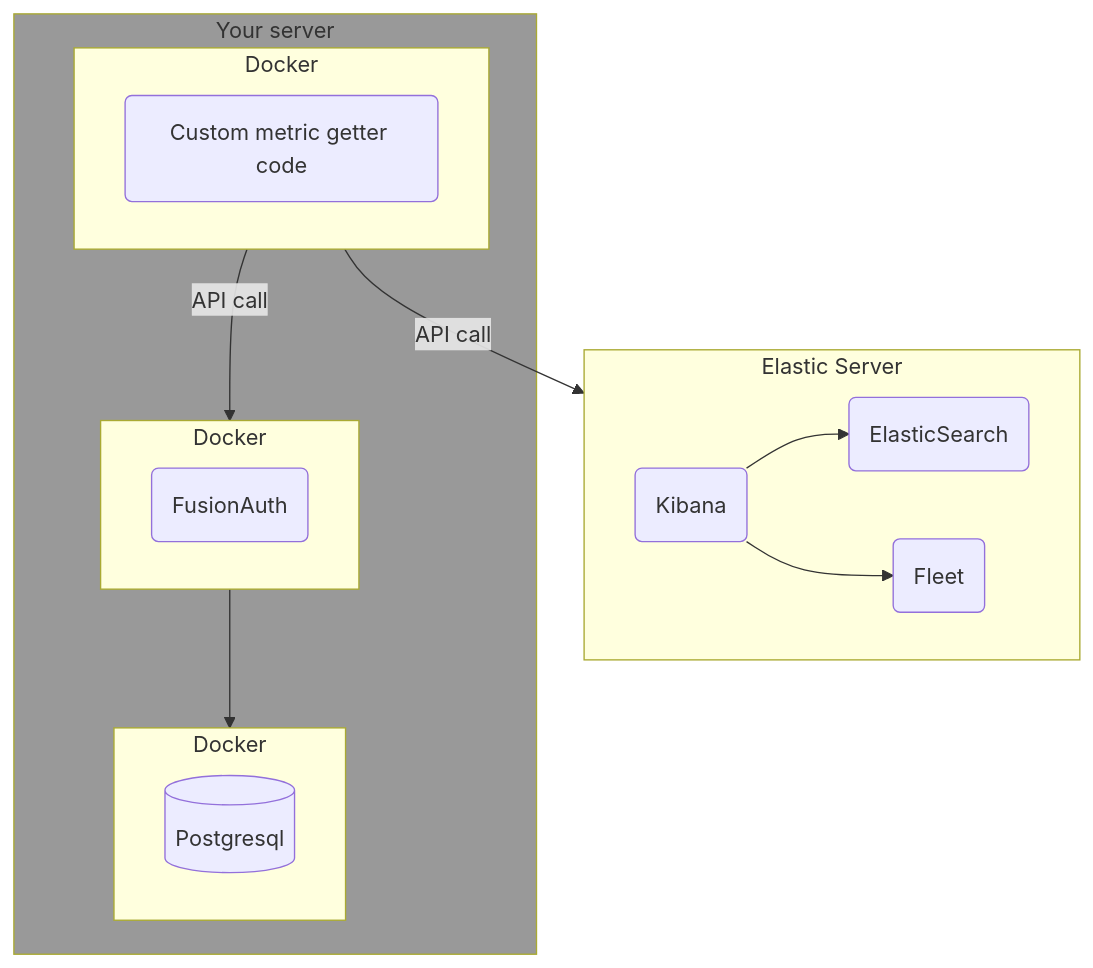
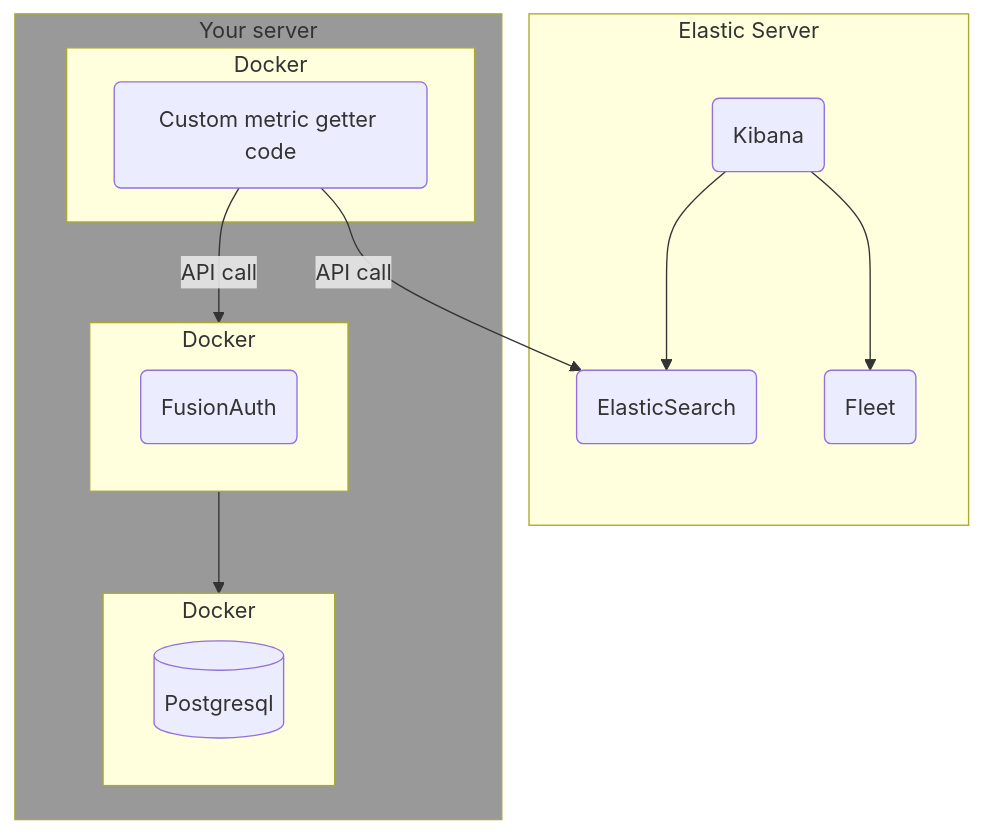
Before and after one commit to FusionAuth/fusionauth-site: the fifth of 6 diagrams in astro/src/content/docs/operate/secure-and-monitor/elastic.mdx, drawn with Mermaid. The commit also changed other lines of this file, not shown here.

````diff
--- a/astro/src/content/docs/operate/secure-and-monitor/elastic.mdx
+++ b/astro/src/content/docs/operate/secure-and-monitor/elastic.mdx
@@ -381,22 +379,22 @@
 ```mermaid
 graph TD
   subgraph Z[Elastic Server]
     X(Kibana) --> W(ElasticSearch)
     X --> Y(Fleet)
   end
   subgraph I[Your server]
     subgraph G[Docker]
       H[(Postgresql)]
     end
     subgraph C[Docker]
       A(FusionAuth)
     end
     subgraph E[Docker]
       B(Custom metric getter code)
     end
   end
   C --> G
-  E -- API call --> C
-  E -- API call --> Z
+  B -- API call --> C
+  B -- API call --> W
   style I fill:#999
 ```
````
